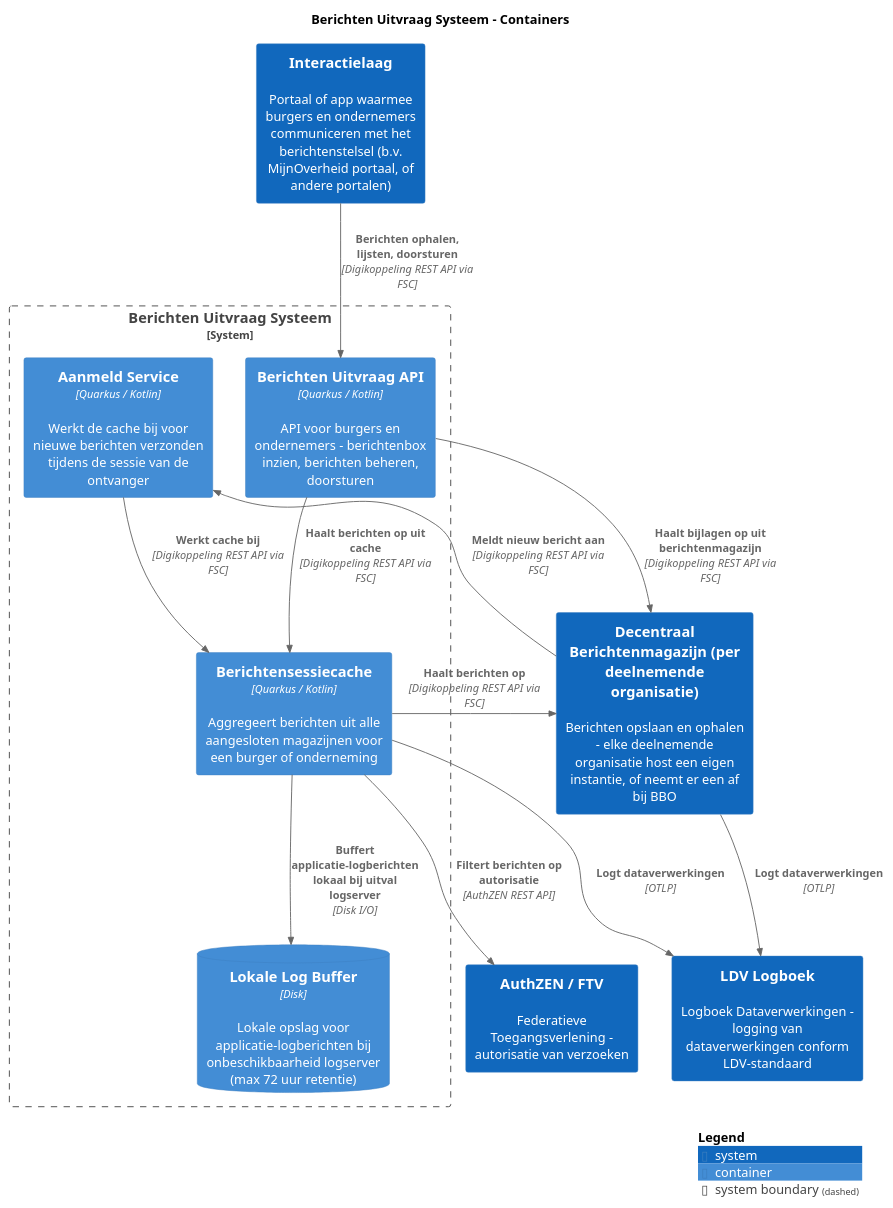
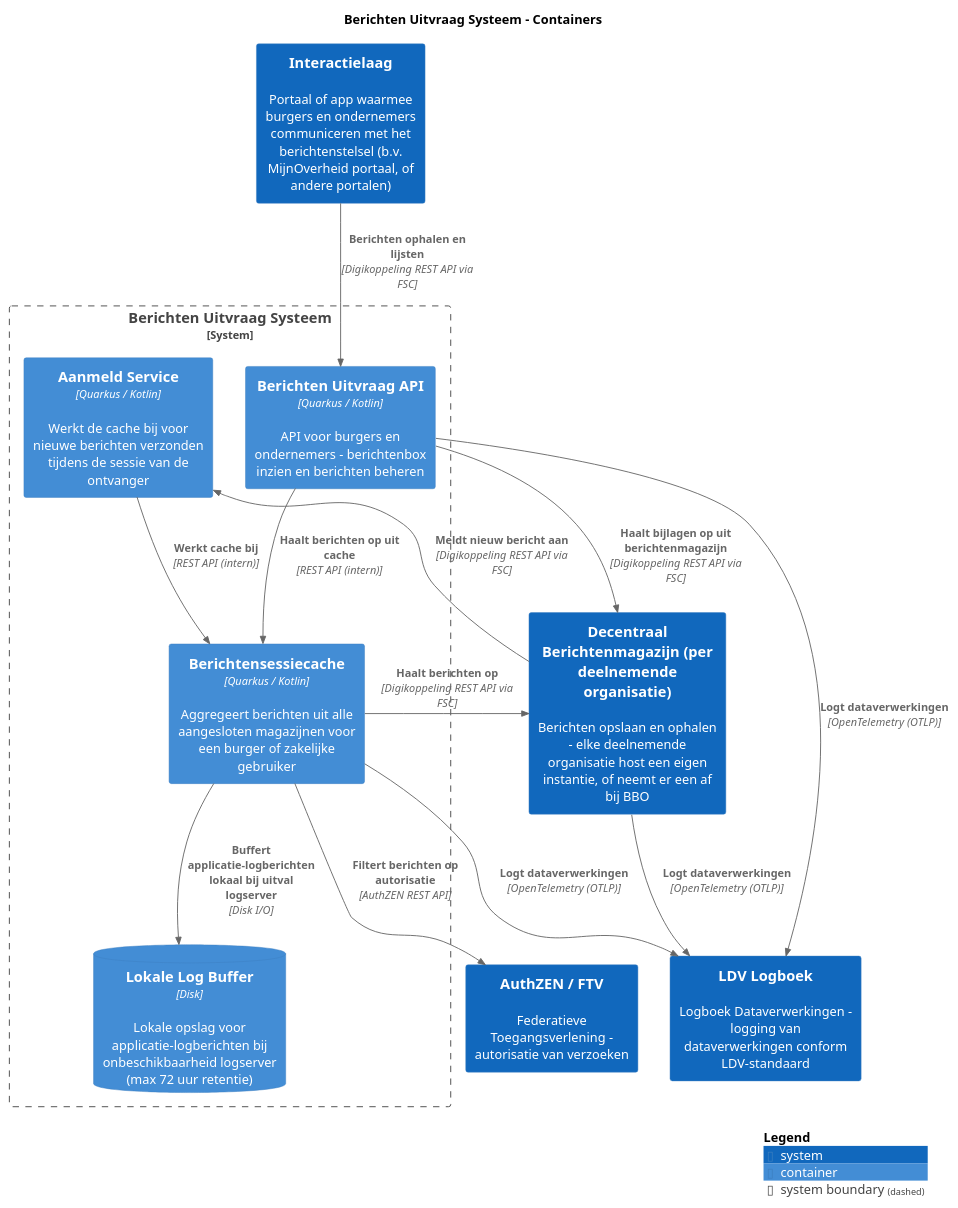
The diagram in pr-preview/pr-16/master/puml/BerichtenUitvraagSysteemContainers.puml (MinBZK/moza-poc-fbs-berichtenbox), drawn with PlantUML before and after one commit. The commit also changed 64 other files, not shown here.

```diff
--- a/pr-preview/pr-16/master/puml/BerichtenUitvraagSysteemContainers.puml
+++ b/pr-preview/pr-16/master/puml/BerichtenUitvraagSysteemContainers.puml
@@ -1,35 +1,36 @@
 @startuml
 set separator none
 title Berichten Uitvraag Systeem - Containers
 
 top to bottom direction
 
 !include <C4/C4>
 !include <C4/C4_Context>
 !include <C4/C4_Container>
 
 System(AuthZENFTV, "AuthZEN / FTV", $descr="Federatieve Toegangsverlening - autorisatie van verzoeken", $tags="", $link="")
 System(Interactielaag, "Interactielaag", $descr="Portaal of app waarmee burgers en ondernemers communiceren met het berichtenstelsel (b.v. MijnOverheid portaal, of andere portalen)", $tags="", $link="")
 System(DecentraalBerichtenmagazijnperdeelnemendeorganisatie, "Decentraal Berichtenmagazijn (per deelnemende organisatie)", $descr="Berichten opslaan en ophalen - elke deelnemende organisatie host een eigen instantie, of neemt er een af bij BBO", $tags="", $link="")
 System(LDVLogboek, "LDV Logboek", $descr="Logboek Dataverwerkingen - logging van dataverwerkingen conform LDV-standaard", $tags="", $link="")
 
 System_Boundary("BerichtenUitvraagSysteem_boundary", "Berichten Uitvraag Systeem", $tags="") {
   ContainerDb(BerichtenUitvraagSysteem.LokaleLogBuffer, "Lokale Log Buffer", $techn="Disk", $descr="Lokale opslag voor applicatie-logberichten bij onbeschikbaarheid logserver (max 72 uur retentie)", $tags="", $link="")
-  Container(BerichtenUitvraagSysteem.Berichtensessiecache, "Berichtensessiecache", $techn="Quarkus / Kotlin", $descr="Aggregeert berichten uit alle aangesloten magazijnen voor een burger of onderneming", $tags="", $link="")
-  Container(BerichtenUitvraagSysteem.BerichtenUitvraagAPI, "Berichten Uitvraag API", $techn="Quarkus / Kotlin", $descr="API voor burgers en ondernemers - berichtenbox inzien, berichten beheren, doorsturen", $tags="", $link="")
+  Container(BerichtenUitvraagSysteem.Berichtensessiecache, "Berichtensessiecache", $techn="Quarkus / Kotlin", $descr="Aggregeert berichten uit alle aangesloten magazijnen voor een burger of zakelijke gebruiker", $tags="", $link="")
+  Container(BerichtenUitvraagSysteem.BerichtenUitvraagAPI, "Berichten Uitvraag API", $techn="Quarkus / Kotlin", $descr="API voor burgers en ondernemers - berichtenbox inzien en berichten beheren", $tags="", $link="")
   Container(BerichtenUitvraagSysteem.AanmeldService, "Aanmeld Service", $techn="Quarkus / Kotlin", $descr="Werkt de cache bij voor nieuwe berichten verzonden tijdens de sessie van de ontvanger", $tags="", $link="")
 }
 
+Rel(BerichtenUitvraagSysteem.Berichtensessiecache, LDVLogboek, "Logt dataverwerkingen", $techn="OpenTelemetry (OTLP)", $tags="", $link="")
+Rel(BerichtenUitvraagSysteem.BerichtenUitvraagAPI, LDVLogboek, "Logt dataverwerkingen", $techn="OpenTelemetry (OTLP)", $tags="", $link="")
+Rel(BerichtenUitvraagSysteem.AanmeldService, BerichtenUitvraagSysteem.Berichtensessiecache, "Werkt cache bij", $techn="REST API (intern)", $tags="", $link="")
+Rel(BerichtenUitvraagSysteem.BerichtenUitvraagAPI, BerichtenUitvraagSysteem.Berichtensessiecache, "Haalt berichten op uit cache", $techn="REST API (intern)", $tags="", $link="")
+Rel(BerichtenUitvraagSysteem.Berichtensessiecache, BerichtenUitvraagSysteem.LokaleLogBuffer, "Buffert applicatie-logberichten lokaal bij uitval logserver", $techn="Disk I/O", $tags="", $link="")
+Rel(Interactielaag, BerichtenUitvraagSysteem.BerichtenUitvraagAPI, "Berichten ophalen en lijsten", $techn="Digikoppeling REST API via FSC", $tags="", $link="")
+Rel(BerichtenUitvraagSysteem.BerichtenUitvraagAPI, DecentraalBerichtenmagazijnperdeelnemendeorganisatie, "Haalt bijlagen op uit berichtenmagazijn", $techn="Digikoppeling REST API via FSC", $tags="", $link="")
+Rel(DecentraalBerichtenmagazijnperdeelnemendeorganisatie, BerichtenUitvraagSysteem.AanmeldService, "Meldt nieuw bericht aan", $techn="Digikoppeling REST API via FSC", $tags="", $link="")
 Rel(BerichtenUitvraagSysteem.Berichtensessiecache, AuthZENFTV, "Filtert berichten op autorisatie", $techn="AuthZEN REST API", $tags="", $link="")
 Rel(BerichtenUitvraagSysteem.Berichtensessiecache, DecentraalBerichtenmagazijnperdeelnemendeorganisatie, "Haalt berichten op", $techn="Digikoppeling REST API via FSC", $tags="", $link="")
-Rel(DecentraalBerichtenmagazijnperdeelnemendeorganisatie, LDVLogboek, "Logt dataverwerkingen", $techn="OTLP", $tags="", $link="")
-Rel(BerichtenUitvraagSysteem.Berichtensessiecache, LDVLogboek, "Logt dataverwerkingen", $techn="OTLP", $tags="", $link="")
-Rel(BerichtenUitvraagSysteem.AanmeldService, BerichtenUitvraagSysteem.Berichtensessiecache, "Werkt cache bij", $techn="Digikoppeling REST API via FSC", $tags="", $link="")
-Rel(BerichtenUitvraagSysteem.BerichtenUitvraagAPI, BerichtenUitvraagSysteem.Berichtensessiecache, "Haalt berichten op uit cache", $techn="Digikoppeling REST API via FSC", $tags="", $link="")
-Rel(BerichtenUitvraagSysteem.Berichtensessiecache, BerichtenUitvraagSysteem.LokaleLogBuffer, "Buffert applicatie-logberichten lokaal bij uitval logserver", $techn="Disk I/O", $tags="", $link="")
-Rel(Interactielaag, BerichtenUitvraagSysteem.BerichtenUitvraagAPI, "Berichten ophalen, lijsten, doorsturen", $techn="Digikoppeling REST API via FSC", $tags="", $link="")
-Rel(BerichtenUitvraagSysteem.BerichtenUitvraagAPI, DecentraalBerichtenmagazijnperdeelnemendeorganisatie, "Haalt bijlagen op uit berichtenmagazijn", $techn="Digikoppeling REST API via FSC", $tags="", $link="")
-Rel(DecentraalBerichtenmagazijnperdeelnemendeorganisatie, BerichtenUitvraagSysteem.AanmeldService, "Meldt nieuw bericht aan", $techn="Digikoppeling REST API via FSC", $tags="", $link="")
+Rel(DecentraalBerichtenmagazijnperdeelnemendeorganisatie, LDVLogboek, "Logt dataverwerkingen", $techn="OpenTelemetry (OTLP)", $tags="", $link="")
 
 SHOW_LEGEND(true)
 @enduml
```
